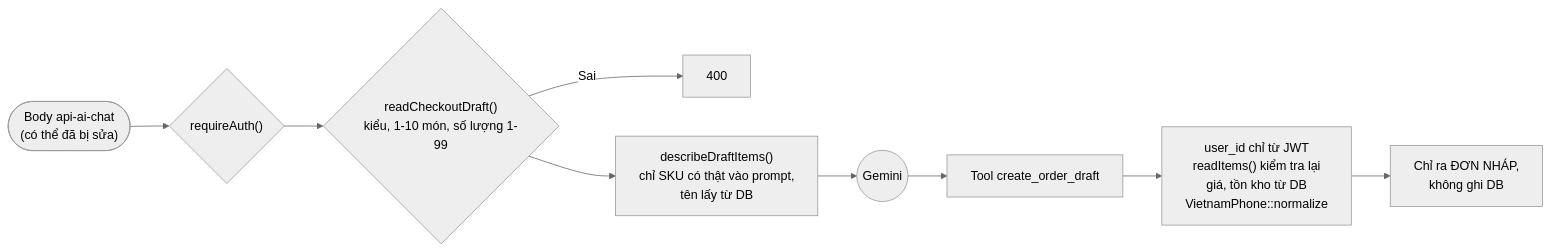
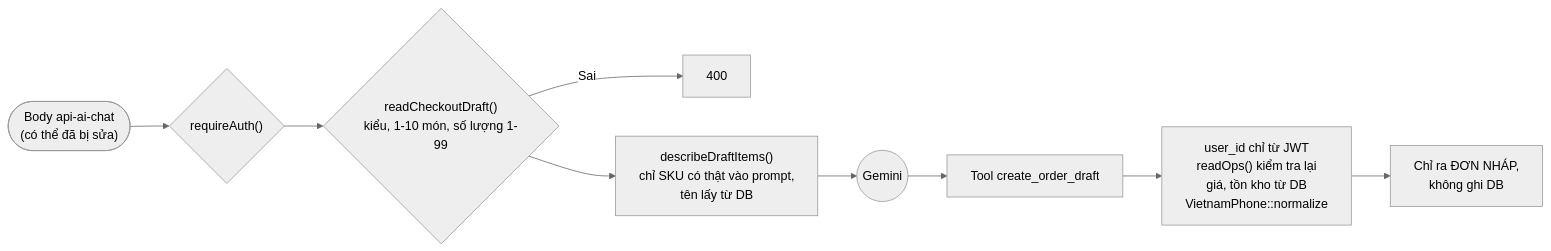
One commit to zdevlongnguz-blip/du-an-1 changed the fourth of 4 diagrams in docs/chat-ai/len-don-nhanh/08-bao-mat.md. Above: the diagram before and after it, drawn with Mermaid (neutral theme). The commit also changed other lines of this file and 14 other files, not shown here.

````diff
--- a/docs/chat-ai/len-don-nhanh/08-bao-mat.md
+++ b/docs/chat-ai/len-don-nhanh/08-bao-mat.md
@@ -119,11 +122,11 @@
 ```mermaid
 flowchart LR
     B(["Body api-ai-chat<br/>(có thể đã bị sửa)"]) --> A1{"requireAuth()"}
     A1 --> A2{"readCheckoutDraft()<br/>kiểu, 1-10 món, số lượng 1-99"}
     A2 -- Sai --> E400[400]
     A2 --> A3["describeDraftItems()<br/>chỉ SKU có thật vào prompt,<br/>tên lấy từ DB"]
     A3 --> AI(("Gemini"))
     AI --> T["Tool create_order_draft"]
-    T --> A4["user_id chỉ từ JWT<br/>readItems() kiểm tra lại<br/>giá, tồn kho từ DB<br/>VietnamPhone::normalize"]
+    T --> A4["user_id chỉ từ JWT<br/>readOps() kiểm tra lại<br/>giá, tồn kho từ DB<br/>VietnamPhone::normalize"]
     A4 --> D["Chỉ ra ĐƠN NHÁP,<br/>không ghi DB"]
 ```
````
